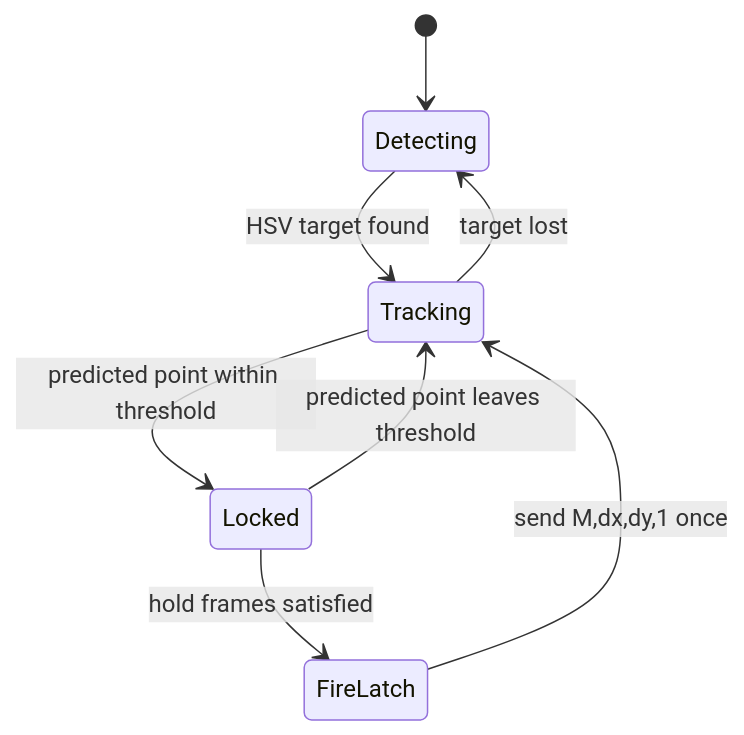
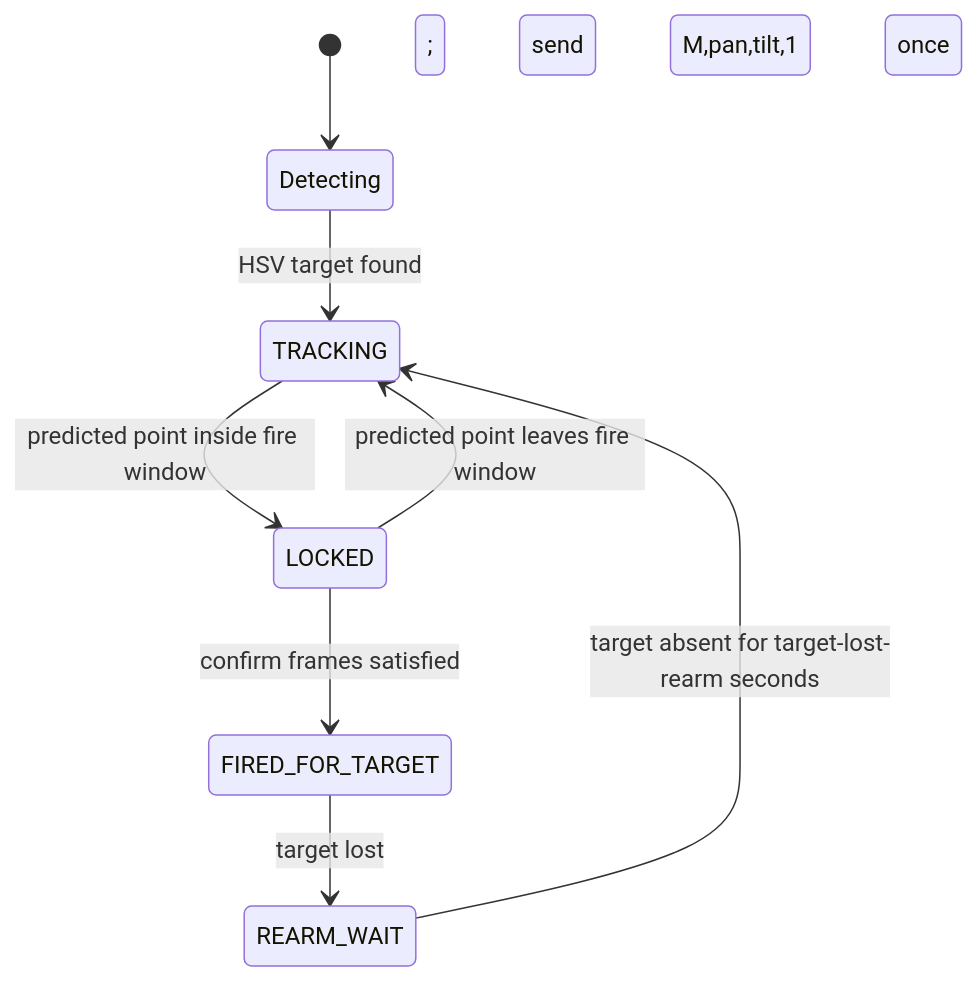
One commit to orca-svg/CS270_FinalProject changed the second of 2 diagrams in docs/ko/STATE_MACHINES.md. Above: the diagram before and after it, drawn with Mermaid. The commit also changed other lines of this file and 13 other files, not shown here.

Commit message:
Harden Gesture-BT fire recovery flow

````diff
--- a/docs/ko/STATE_MACHINES.md
+++ b/docs/ko/STATE_MACHINES.md
@@ -33,10 +38,10 @@
 ```mermaid
 stateDiagram-v2
   [*] --> Detecting
-  Detecting --> Tracking: HSV target found
-  Tracking --> Detecting: target lost
-  Tracking --> Locked: predicted point within threshold
-  Locked --> Tracking: predicted point leaves threshold
-  Locked --> FireLatch: hold frames satisfied
-  FireLatch --> Tracking: send M,dx,dy,1 once
+  Detecting --> TRACKING: HSV target found
+  TRACKING --> LOCKED: predicted point inside fire window
+  LOCKED --> TRACKING: predicted point leaves fire window
+  LOCKED --> FIRED_FOR_TARGET: confirm frames satisfied; send M,pan,tilt,1 once
+  FIRED_FOR_TARGET --> REARM_WAIT: target lost
+  REARM_WAIT --> TRACKING: target absent for target-lost-rearm seconds
 ```
````
